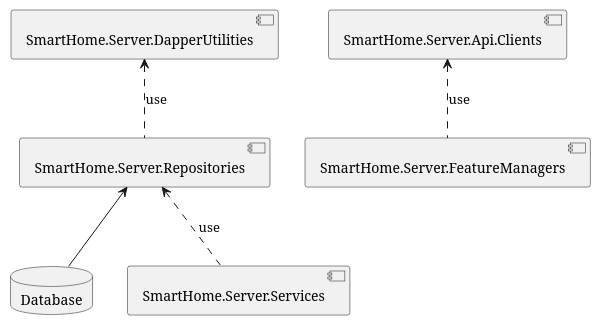
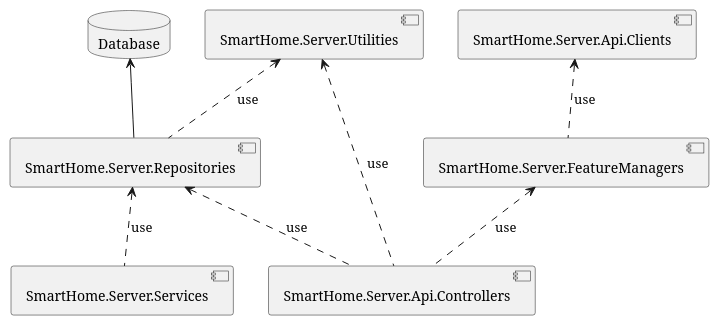
Before and after one commit to JakubMiodunka/smart-home: the diagram in doc/Server/uml/components.pu, drawn with PlantUML. The commit also changed 7 other files, not shown here.

Commit message:
[#38] Adding UML diagremas for Controllers module. Refinement of other diagrams.

```diff
--- a/doc/Server/uml/components.pu
+++ b/doc/Server/uml/components.pu
@@ -1,16 +1,20 @@
 @startuml
 
 database Database
 
-component "SmartHome.Server.DapperUtilities" as DapperUtilities
+component "SmartHome.Server.Utilities" as Utilities
 component "SmartHome.Server.Repositories" as Repositories
 component "SmartHome.Server.Services" as Services
 component "SmartHome.Server.FeatureManagers" as FeatureManagers
 component "SmartHome.Server.Api.Clients" as ApiClients
+component "SmartHome.Server.Api.Controllers" as ApiControllers
 
-DapperUtilities <.. Repositories : use
-Repositories <-- Database
+Database <-- Repositories
+Utilities <.. Repositories : use
 Repositories <.. Services : use
 ApiClients <.. FeatureManagers : use
+FeatureManagers <.. ApiControllers : use
+Repositories <.. ApiControllers : use
+Utilities <.. ApiControllers : use
 
 @enduml
```
